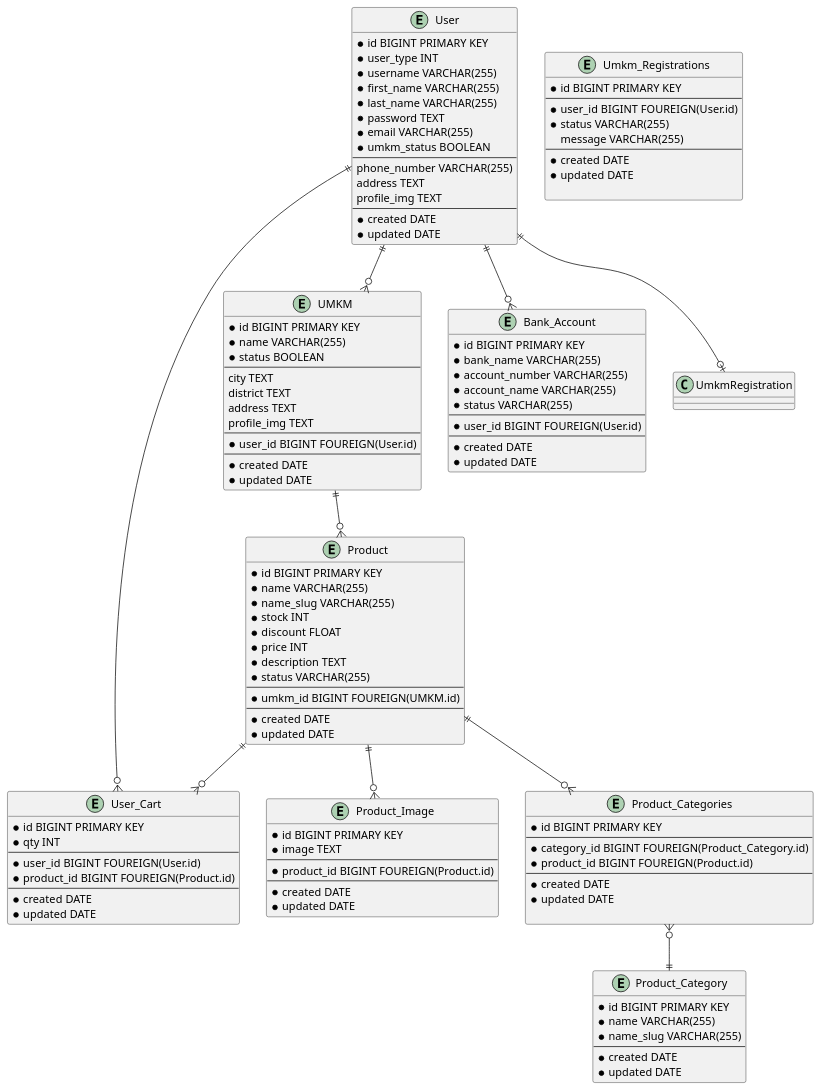
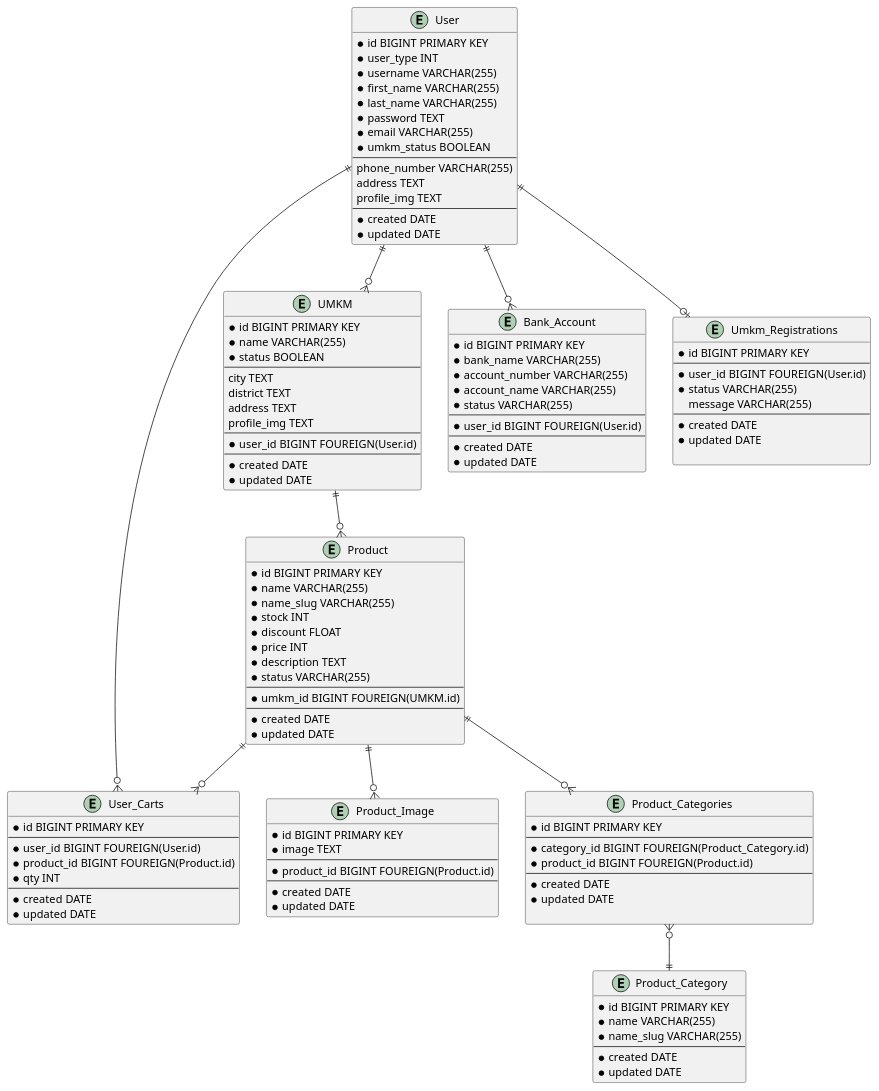
The diagram in db_design.puml (vithiaz/ecomm_UMKM_tomohon), drawn with PlantUML before and after one commit. The commit also changed 21 other files, not shown here.

```diff
--- a/db_design.puml
+++ b/db_design.puml
@@ -1,146 +1,145 @@
 @startuml
 
 entity User {
     * id BIGINT PRIMARY KEY
     * user_type INT
     * username VARCHAR(255)
     * first_name VARCHAR(255)
     * last_name VARCHAR(255)
     * password TEXT
     * email VARCHAR(255)
     * umkm_status BOOLEAN
     --
     phone_number VARCHAR(255)
     address TEXT
     profile_img TEXT
     --
     * created DATE
     * updated DATE
 }
 
-entity User_Cart {
+entity User_Carts {
     * id BIGINT PRIMARY KEY
-    * qty INT
     --
     * user_id BIGINT FOUREIGN(User.id)
     * product_id BIGINT FOUREIGN(Product.id)
+    * qty INT
     --
     * created DATE
     * updated DATE
 }
 
 entity UMKM {
     * id BIGINT PRIMARY KEY
     * name VARCHAR(255)
     * status BOOLEAN
     --
     city TEXT
     district TEXT
     address TEXT
     profile_img TEXT
     --
     * user_id BIGINT FOUREIGN(User.id)
     --
     * created DATE
     * updated DATE
 }
 
 entity Bank_Account {
     * id BIGINT PRIMARY KEY
     * bank_name VARCHAR(255)
     * account_number VARCHAR(255)
     * account_name VARCHAR(255)
     * status VARCHAR(255)
     ' request
     ' acc
     ' revoked
     ' rejected
     --
     * user_id BIGINT FOUREIGN(User.id)
     --
     * created DATE
     * updated DATE
 }
 
 entity Product {
     * id BIGINT PRIMARY KEY
     * name VARCHAR(255)
     * name_slug VARCHAR(255)
     * stock INT
     * discount FLOAT
     * price INT
     * description TEXT
     * status VARCHAR(255)
     ' active
     ' disabled
     ' revoked
     --
     * umkm_id BIGINT FOUREIGN(UMKM.id)
     --
     * created DATE
     * updated DATE
 }
 
 entity Product_Image {
     * id BIGINT PRIMARY KEY
     * image TEXT
     --
     * product_id BIGINT FOUREIGN(Product.id)
     --
     * created DATE
     * updated DATE
 }
 
 entity Product_Category {
     * id BIGINT PRIMARY KEY
     * name VARCHAR(255)
     * name_slug VARCHAR(255)
     --
     * created DATE
     * updated DATE
 }
 
 entity Product_Categories {
     * id BIGINT PRIMARY KEY
     --
     * category_id BIGINT FOUREIGN(Product_Category.id)
     * product_id BIGINT FOUREIGN(Product.id)
     --
     * created DATE
     * updated DATE
 
 }
 
 entity Umkm_Registrations {
     * id BIGINT PRIMARY KEY
     --
     * user_id BIGINT FOUREIGN(User.id)
     * status VARCHAR(255) 
     ' request
     ' acc
     ' rejected
     ' revoked
     message VARCHAR(255)
     --
     * created DATE
     * updated DATE
 
 }
 
-
 ' Relation
 User ||--o{ UMKM
 User ||--o{ Bank_Account
-User ||--o{ User_Cart
-User ||--o| UmkmRegistration
+User ||--o{ User_Carts
+User ||--o| Umkm_Registrations
 
 UMKM ||--o{ Product
 
 Product ||--o{ Product_Image
 Product ||--o{ Product_Categories
 
 Product_Categories }o--|| Product_Category
 
-Product ||--o{ User_Cart
+Product ||--o{ User_Carts
 
 @enduml
```
